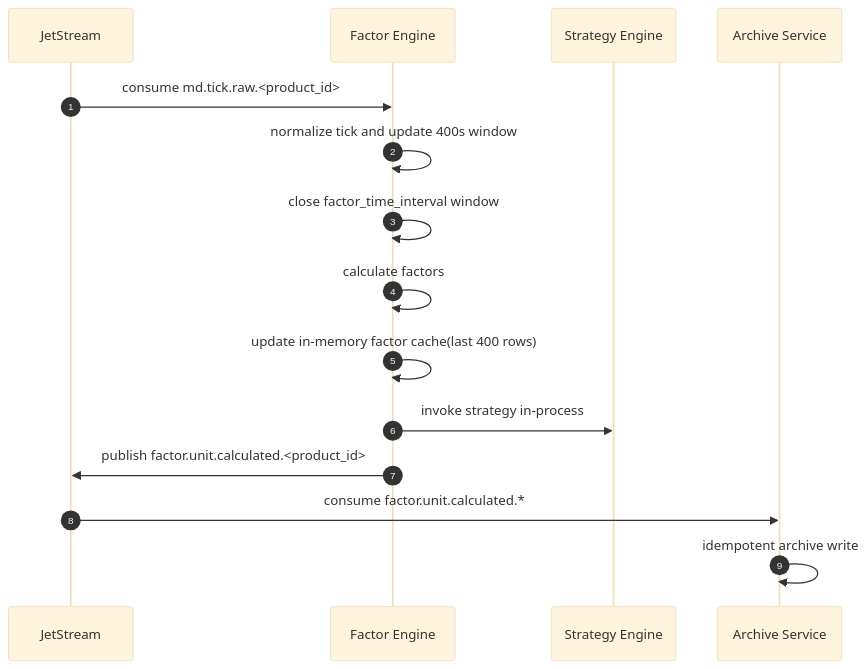
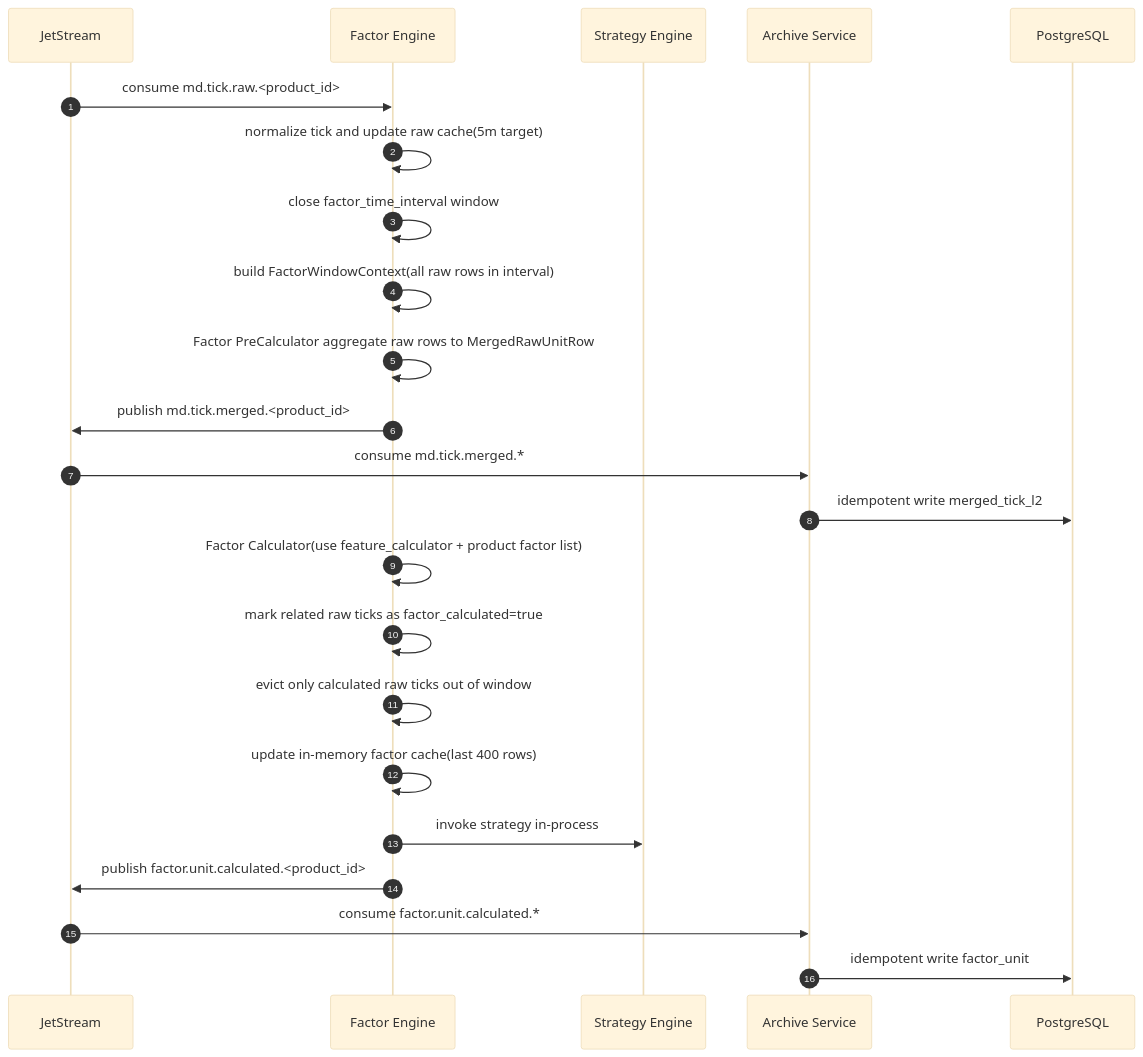
One commit to lancewliang/vnpy_hft changed the second of 2 diagrams in docs/design/02_factor_engine_technical_design.md. Above: the diagram before and after it, drawn with Mermaid (base theme). The commit also changed other lines of this file and 5 other files, not shown here.

````diff
--- a/docs/design/02_factor_engine_technical_design.md
+++ b/docs/design/02_factor_engine_technical_design.md
@@ -236,18 +433,26 @@
 ```mermaid
 sequenceDiagram
     autonumber
     participant MQ as JetStream
     participant FE as Factor Engine
     participant SE as Strategy Engine
     participant AS as Archive Service
+    participant PG as PostgreSQL
 
     MQ->>FE: consume md.tick.raw.<product_id>
-    FE->>FE: normalize tick and update 400s window
+    FE->>FE: normalize tick and update raw cache(5m target)
     FE->>FE: close factor_time_interval window
-    FE->>FE: calculate factors
+    FE->>FE: build FactorWindowContext(all raw rows in interval)
+    FE->>FE: Factor PreCalculator aggregate raw rows to MergedRawUnitRow
+    FE->>MQ: publish md.tick.merged.<product_id>
+    MQ->>AS: consume md.tick.merged.*
+    AS->>PG: idempotent write merged_tick_l2
+    FE->>FE: Factor Calculator(use feature_calculator + product factor list)
+    FE->>FE: mark related raw ticks as factor_calculated=true
+    FE->>FE: evict only calculated raw ticks out of window
     FE->>FE: update in-memory factor cache(last 400 rows)
     FE->>SE: invoke strategy in-process
     FE->>MQ: publish factor.unit.calculated.<product_id>
     MQ->>AS: consume factor.unit.calculated.*
-    AS->>AS: idempotent archive write
+    AS->>PG: idempotent write factor_unit
 ```
````
